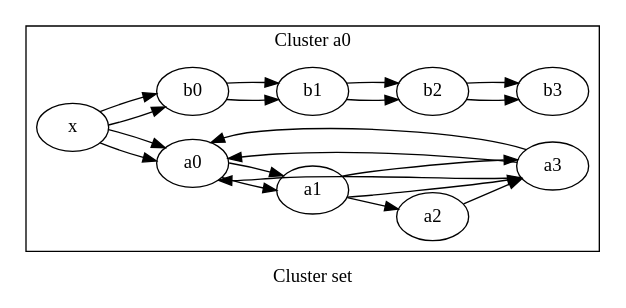
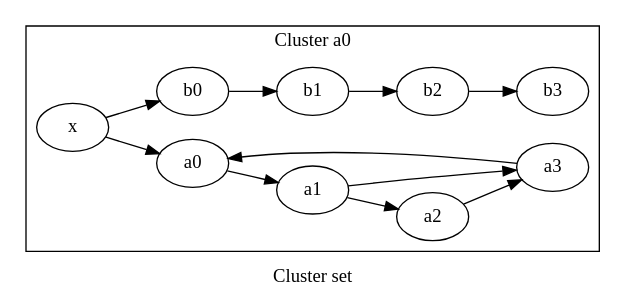
The diagram in data/12.clusters.out.gv (graphviz-perl/GraphViz2-Marpa-PathUtils), drawn with Graphviz before and after one commit. The commit also changed 12 other files, not shown here.

```diff
--- a/data/12.clusters.out.gv
+++ b/data/12.clusters.out.gv
@@ -1,79 +1,40 @@
 digraph G
 {
 graph [ label="Cluster set" rankdir="LR" ]
 
 subgraph "cluster a0"
 {
 graph [ label="Cluster a0" rankdir="LR" ]
 
 "a0"
 "a1"
 "a0" -> "a1" [ label="" ]
 "a1"
 "a2"
 "a1" -> "a2" [ label="" ]
 "a1"
 "a3"
 "a1" -> "a3" [ label="" ]
 "a2"
 "a3"
 "a2" -> "a3" [ label="" ]
 "a3"
 "a0"
 "a3" -> "a0" [ label="" ]
 "b0"
 "b1"
 "b0" -> "b1" [ label="" ]
 "b1"
 "b2"
 "b1" -> "b2" [ label="" ]
 "b2"
 "b3"
 "b2" -> "b3" [ label="" ]
 "x"
 "a0"
 "x" -> "a0" [ label="" ]
 "x"
 "b0"
 "x" -> "b0" [ label="" ]
 }
-
-subgraph "cluster a0"
-{
-graph [ label="Cluster a0" rankdir="LR" ]
-
-"a0"
-"a1"
-"a0" -> "a1" [ label="" ]
-"a1"
-"a3"
-"a1" -> "a3" [ label="" ]
-"a3"
-"a0"
-"a3" -> "a0" [ label="" ]
 }
-
-subgraph "cluster a3"
-{
-graph [ label="Cluster a3" rankdir="LR" ]
-
-"a3"
-"a0"
-"a3" -> "a0" [ label="" ]
-"b0"
-"b1"
-"b0" -> "b1" [ label="" ]
-"b1"
-"b2"
-"b1" -> "b2" [ label="" ]
-"b2"
-"b3"
-"b2" -> "b3" [ label="" ]
-"x"
-"a0"
-"x" -> "a0" [ label="" ]
-"x"
-"b0"
-"x" -> "b0" [ label="" ]
-}
-}
```
